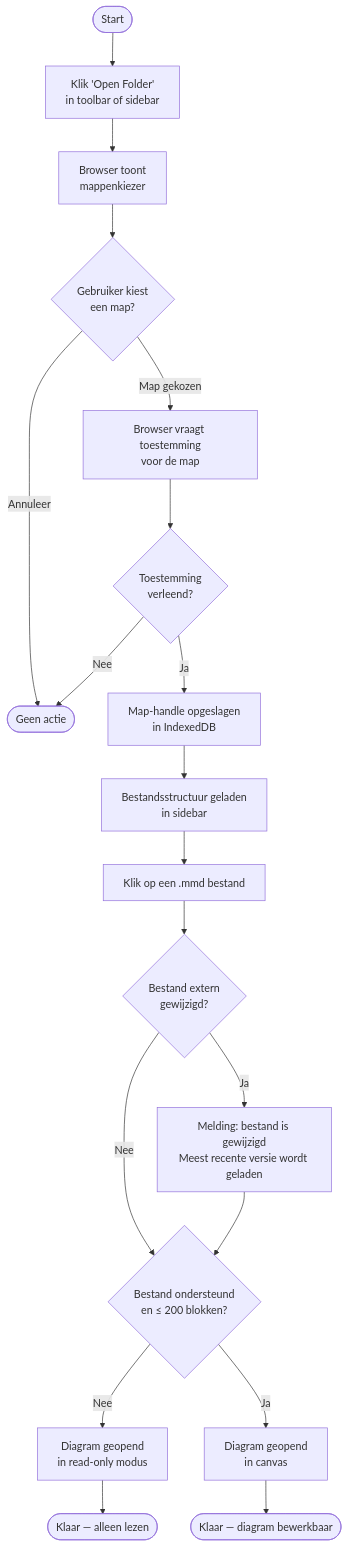
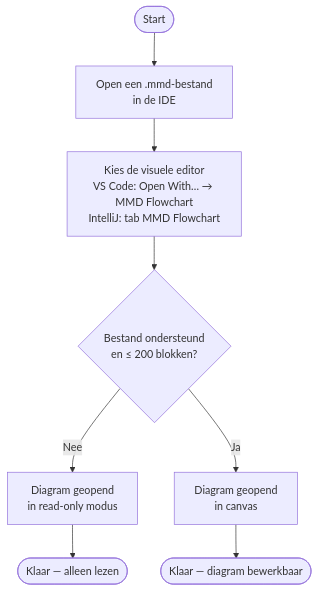
Diagram 12 of 18 in docs/USERFLOWS.md (GRJX/mmd-flowchart), drawn with Mermaid before and after one commit. The commit also changed other lines of this file and 36 other files, not shown here.

First line of the commit message:
feat: add MMD Flowchart extension for VS Code

````diff
--- a/docs/USERFLOWS.md
+++ b/docs/USERFLOWS.md
@@ -256,21 +246,10 @@
 ```mermaid
 flowchart TD
-    A([Start]) --> B["Klik 'Open Folder'<br>in toolbar of sidebar"]
-    B --> C["Browser toont<br>mappenkiezer"]
-    C --> D{"Gebruiker kiest<br>een map?"}
-    D -- Annuleer --> E([Geen actie])
-    D -- "Map gekozen" --> F["Browser vraagt toestemming<br>voor de map"]
-    F --> G{"Toestemming<br>verleend?"}
-    G -- Nee --> E
-    G -- Ja --> H["Map-handle opgeslagen<br>in IndexedDB"]
-    H --> I["Bestandsstructuur geladen<br>in sidebar"]
-    I --> J[Klik op een .mmd bestand]
-    J --> K{"Bestand extern<br>gewijzigd?"}
-    K -- Ja --> L["Melding: bestand is gewijzigd<br>Meest recente versie wordt geladen"]
-    K -- Nee --> M{"Bestand ondersteund<br>en ≤ 200 blokken?"}
-    L --> M
-    M -- Nee --> N["Diagram geopend<br>in read-only modus"]
-    M -- Ja --> O["Diagram geopend<br>in canvas"]
-    O --> P([Klaar — diagram bewerkbaar])
-    N --> Q([Klaar — alleen lezen])
+    A([Start]) --> B["Open een .mmd-bestand<br>in de IDE"]
+    B --> C["Kies de visuele editor<br>VS Code: Open With… → MMD Flowchart<br>IntelliJ: tab MMD Flowchart"]
+    C --> D{"Bestand ondersteund<br>en ≤ 200 blokken?"}
+    D -- Nee --> E["Diagram geopend<br>in read-only modus"]
+    D -- Ja --> F["Diagram geopend<br>in canvas"]
+    F --> G([Klaar — diagram bewerkbaar])
+    E --> H([Klaar — alleen lezen])
 ```
````
